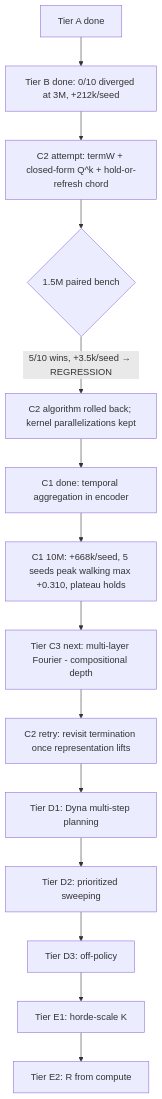
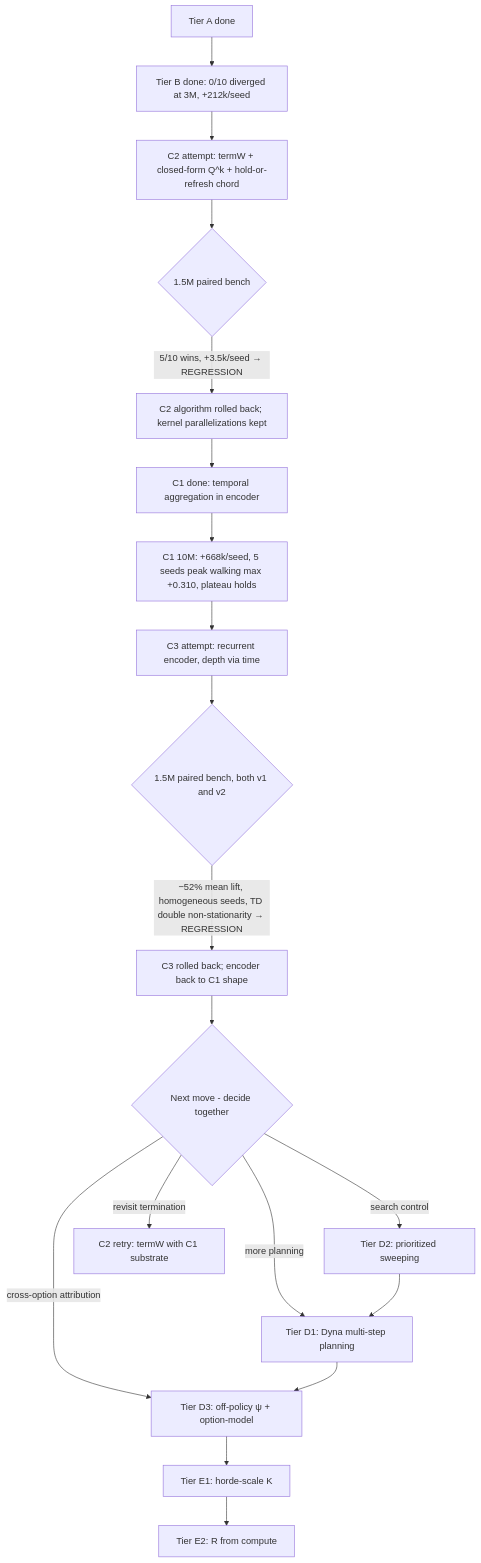
One commit to michaelDinelle/AlbertaPlanOaK changed the diagram in docs/roadmap.md. Above: the diagram before and after it, drawn with Mermaid. The commit also changed other lines of this file and 5 other files, not shown here.

````diff
--- a/docs/roadmap.md
+++ b/docs/roadmap.md
@@ -345,16 +409,21 @@
 ```mermaid
 flowchart TD
     A[Tier A done] --> B[Tier B done: 0/10 diverged at 3M, +212k/seed]
     B --> C2att[C2 attempt: termW + closed-form Q^k + hold-or-refresh chord]
     C2att --> C2check{1.5M paired bench}
     C2check -->|5/10 wins, +3.5k/seed → REGRESSION| C2roll[C2 algorithm rolled back; kernel parallelizations kept]
     C2roll --> C1[C1 done: temporal aggregation in encoder]
     C1 --> C1deep[C1 10M: +668k/seed, 5 seeds peak walking max +0.310, plateau holds]
-    C1deep --> C3[Tier C3 next: multi-layer Fourier - compositional depth]
-    C3 --> C2re[C2 retry: revisit termination once representation lifts]
-    C2re --> D1[Tier D1: Dyna multi-step planning]
-    D1 --> D2[Tier D2: prioritized sweeping]
-    D2 --> D3[Tier D3: off-policy]
+    C1deep --> C3att[C3 attempt: recurrent encoder, depth via time]
+    C3att --> C3check{1.5M paired bench, both v1 and v2}
+    C3check -->|−52% mean lift, homogeneous seeds, TD double non-stationarity → REGRESSION| C3roll[C3 rolled back; encoder back to C1 shape]
+    C3roll --> nextDecision{Next move - decide together}
+    nextDecision -->|search control| D2[Tier D2: prioritized sweeping]
+    nextDecision -->|more planning| D1[Tier D1: Dyna multi-step planning]
+    nextDecision -->|revisit termination| C2re[C2 retry: termW with C1 substrate]
+    nextDecision -->|cross-option attribution| D3[Tier D3: off-policy ψ + option-model]
+    D2 --> D1
+    D1 --> D3
     D3 --> E1[Tier E1: horde-scale K]
     E1 --> E2[Tier E2: R from compute]
 ```
````
